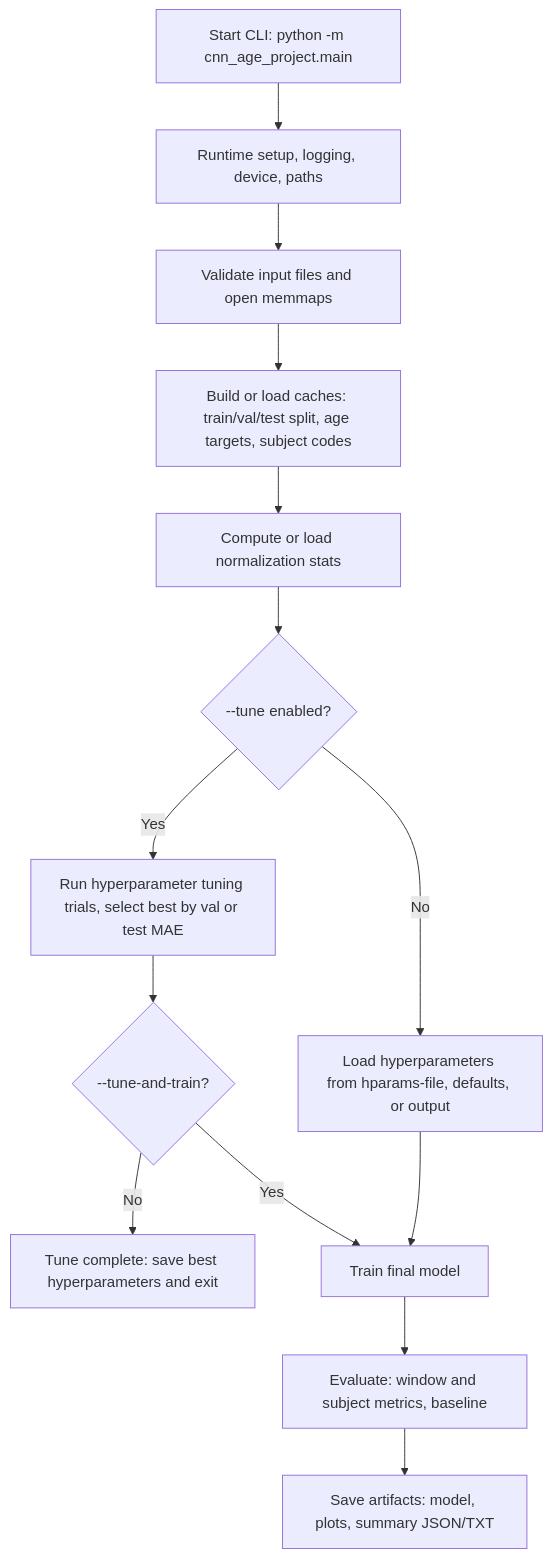
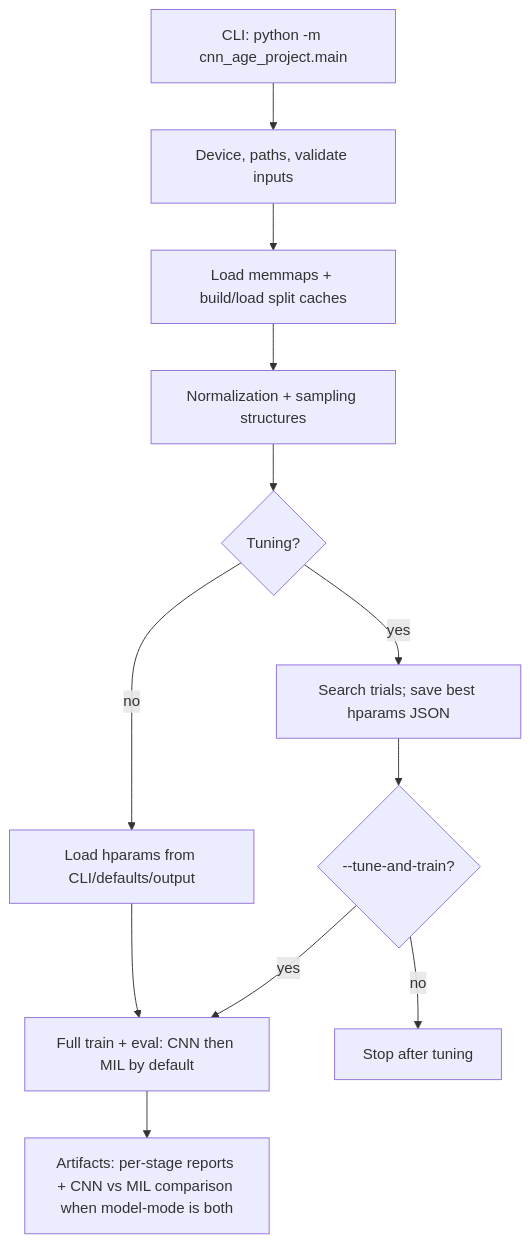
Before and after one commit to CJPerez-Dev/cfs_cnn_age: the diagram in README.md, drawn with Mermaid. The commit also changed other lines of this file and 6 other files, not shown here.

````diff
--- a/README.md
+++ b/README.md
@@ -94,16 +57,14 @@
 ```mermaid
 flowchart TD
-	A["Start CLI: python -m cnn_age_project.main"] --> B["Runtime setup, logging, device, paths"]
-	B --> C["Validate input files and open memmaps"]
-	C --> D["Build or load caches: train/val/test split, age targets, subject codes"]
-	D --> E["Compute or load normalization stats"]
-	E --> F{"--tune enabled?"}
-	F -- Yes --> G["Run hyperparameter tuning trials, select best by val or test MAE"]
-	G --> T{"--tune-and-train?"}
-	T -- No --> END1["Tune complete: save best hyperparameters and exit"]
-	T -- Yes --> I["Train final model"]
-	F -- No --> H["Load hyperparameters from hparams-file, defaults, or output"]
-	H --> I
-	I --> J["Evaluate: window and subject metrics, baseline"]
-	J --> K["Save artifacts: model, plots, summary JSON/TXT"]
+  A[CLI: python -m cnn_age_project.main] --> B[Device, paths, validate inputs]
+  B --> C[Load memmaps + build/load split caches]
+  C --> D[Normalization + sampling structures]
+  D --> E{Tuning?}
+  E -- yes --> F[Search trials; save best hparams JSON]
+  F --> G{--tune-and-train?}
+  G -- yes --> H[Full train + eval: CNN then MIL by default]
+  G -- no --> Z[Stop after tuning]
+  E -- no --> I[Load hparams from CLI/defaults/output]
+  I --> H
+  H --> J[Artifacts: per-stage reports + CNN vs MIL comparison when model-mode is both]
 ```
````
